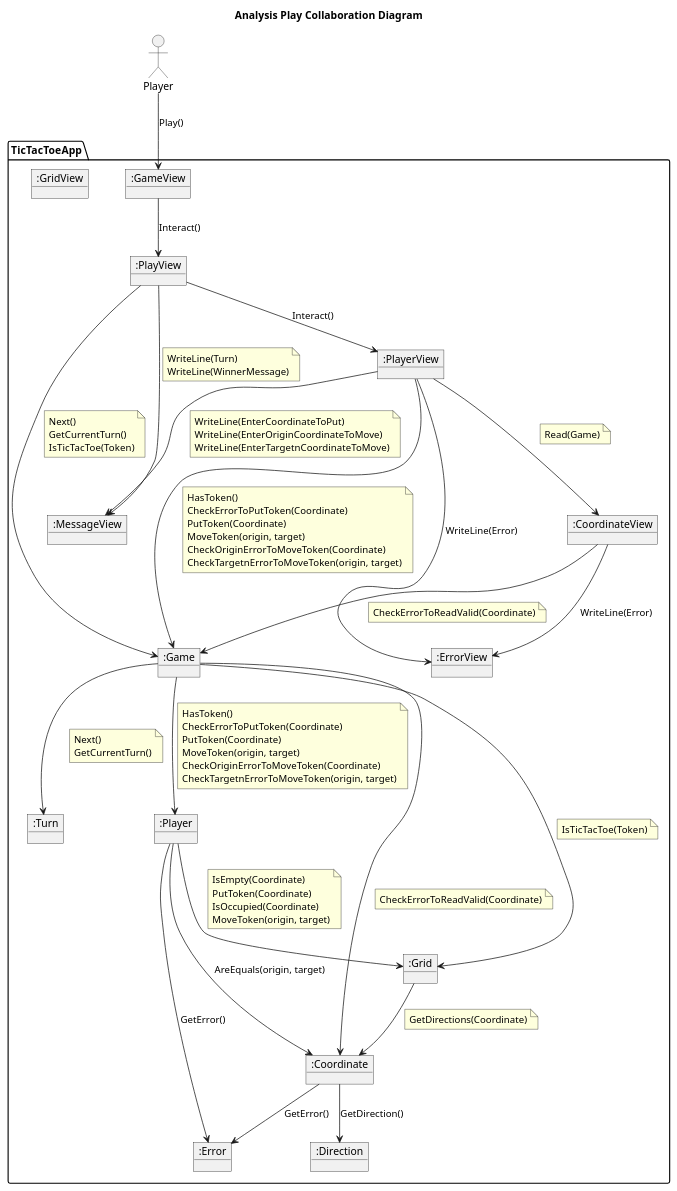
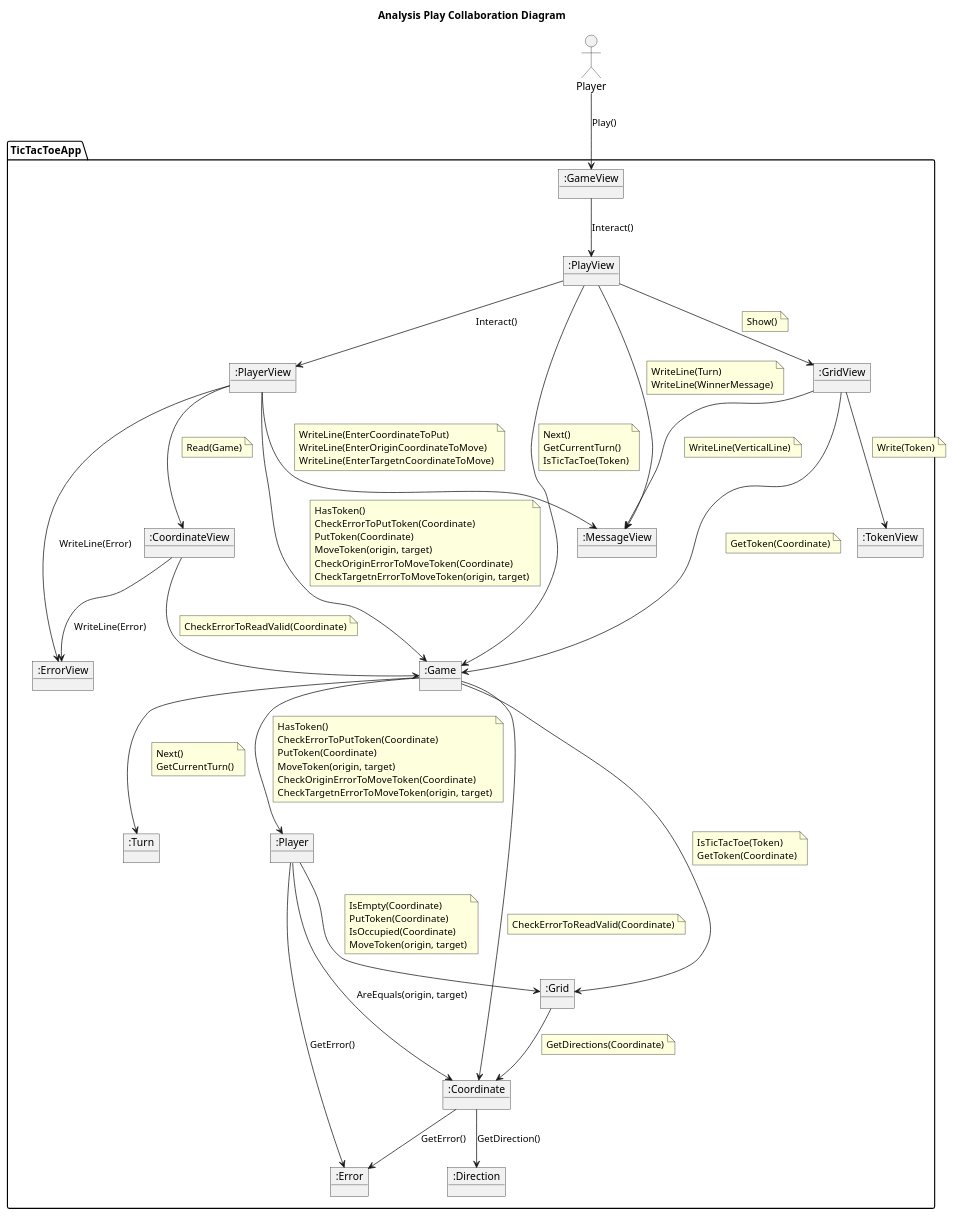
One commit to franpaulinoinfante/TicTacToe changed the fifth of 10 diagrams in src/DocumentView/Basic/Docs/Analysis.plantuml. Above: the diagram before and after it, drawn with PlantUML. The commit also changed other lines of this file and 17 other files, not shown here.

```diff
--- a/src/DocumentView/Basic/Docs/Analysis.plantuml
+++ b/src/DocumentView/Basic/Docs/Analysis.plantuml
@@ -246,117 +260,136 @@
 @startuml Analysis Play Collaboration Diagram
     allowmixing
     title Analysis Play Collaboration Diagram
 
 actor "Player" as Actorr
 package TicTacToeApp{
 
     object ":GameView" as GameView{
     }
     object ":PlayView" as PlayView{
     }
     object ":MessageView" as MessageView{
     }
     object ":PlayerView" as PlayerView{
     }
     object ":GridView" as GridView{
     }
     object ":CoordinateView" as CoordinateView{
     }
     object ":ErrorView" as ErrorView{
+    }
+    object ":TokenView" as TokenView{
     }
 
 
     object ":Game" as Game{
     }
     object ":Turn" as Turn{
     }
     object ":Player" as Player{
     }
     object ":Grid" as Grid{
     }
     object ":Coordinate" as Coordinate{
     }
     object ":Error" as Error{
     }
     object ":Direction" as Direction{
     }
     
 }
 
 Actorr --> GameView : Play()
     GameView --> PlayView : Interact()
         PlayView --> Game  
             note on link
                 Next()
                 GetCurrentTurn()
                 IsTicTacToe(Token)
             endnote
             Game --> Turn
                 note on link
                     Next()
                     GetCurrentTurn()
                 endnote
             Game --> Grid
                 note on link
                     IsTicTacToe(Token)
+                    GetToken(Coordinate)
                 endnote
                 Grid --> Coordinate
                     note on link
                         GetDirections(Coordinate)
                     endNote
                     Coordinate --> Direction : GetDirection()
         PlayView --> MessageView
             note on link
                 WriteLine(Turn)
                 WriteLine(WinnerMessage)
             endnote
         PlayView --> PlayerView : Interact()
             PlayerView --> Game
                 note on link
                     HasToken()
                     CheckErrorToPutToken(Coordinate)
                     PutToken(Coordinate)
                     MoveToken(origin, target)
                     CheckOriginErrorToMoveToken(Coordinate)
                     CheckTargetnErrorToMoveToken(origin, target)
                 endnote
                 Game --> Player
                     note on link
                         HasToken()
                         CheckErrorToPutToken(Coordinate)
                         PutToken(Coordinate)
                         MoveToken(origin, target)
                         CheckOriginErrorToMoveToken(Coordinate)
                         CheckTargetnErrorToMoveToken(origin, target)
                     endnote
                     Player --> Grid
                         note on link
                             IsEmpty(Coordinate)
                             PutToken(Coordinate)
                             IsOccupied(Coordinate)
                             MoveToken(origin, target)
                         endnote
                     Player --> Coordinate : AreEquals(origin, target)
                     Player --> Error : GetError()
             PlayerView --> MessageView
                 note on link
                     WriteLine(EnterCoordinateToPut)
                     WriteLine(EnterOriginCoordinateToMove)
                     WriteLine(EnterTargetnCoordinateToMove)
                 endnote
             PlayerView --> CoordinateView
                 note on link
                     Read(Game)
                 endnote
                 CoordinateView --> Game
                     note on link
                         CheckErrorToReadValid(Coordinate)
                     endnote
                     Game --> Coordinate
                         note on link
                             CheckErrorToReadValid(Coordinate)
                         endnote
                         Coordinate --> Error : GetError()
                 CoordinateView --> ErrorView : WriteLine(Error)
             PlayerView --> ErrorView : WriteLine(Error)
+        PlayView --> GridView 
+            note on link
+                Show()
+            endnote
+            GridView --> MessageView
+                note on link
+                    WriteLine(VerticalLine)
+                endnote
+            GridView --> Game
+                note on link
+                    GetToken(Coordinate)
+                endnote
+            GridView --> TokenView
+                note on link
+                    Write(Token)
+                endnote     
 @enduml
```
